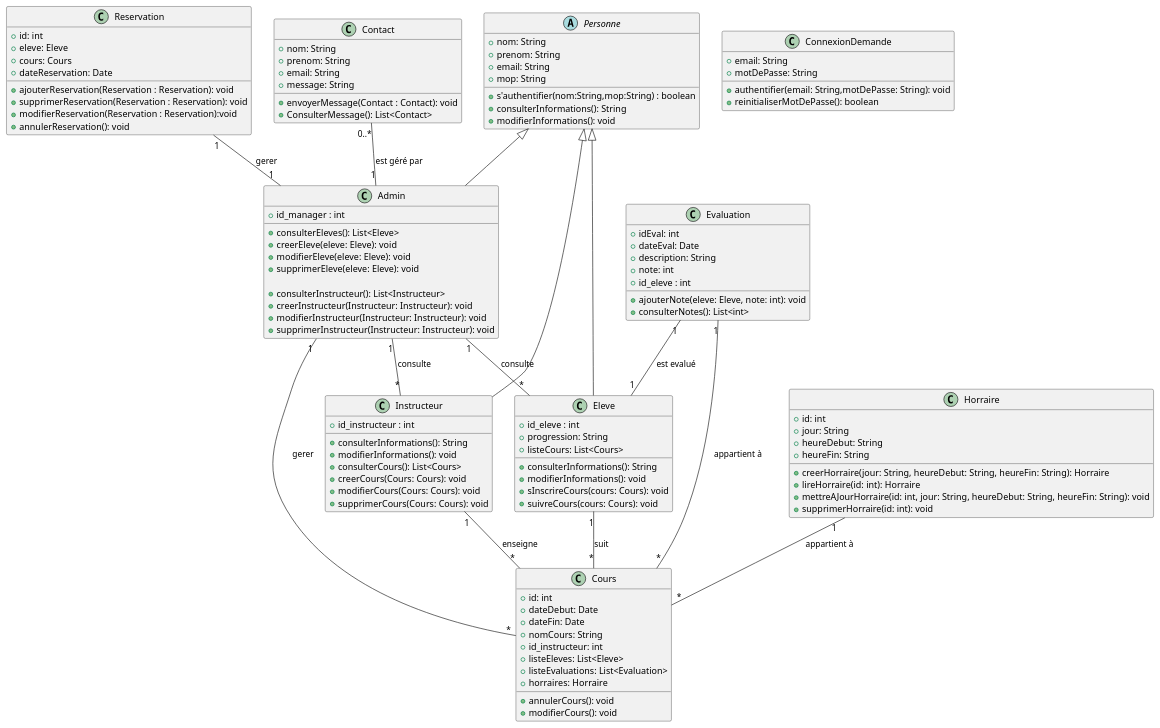
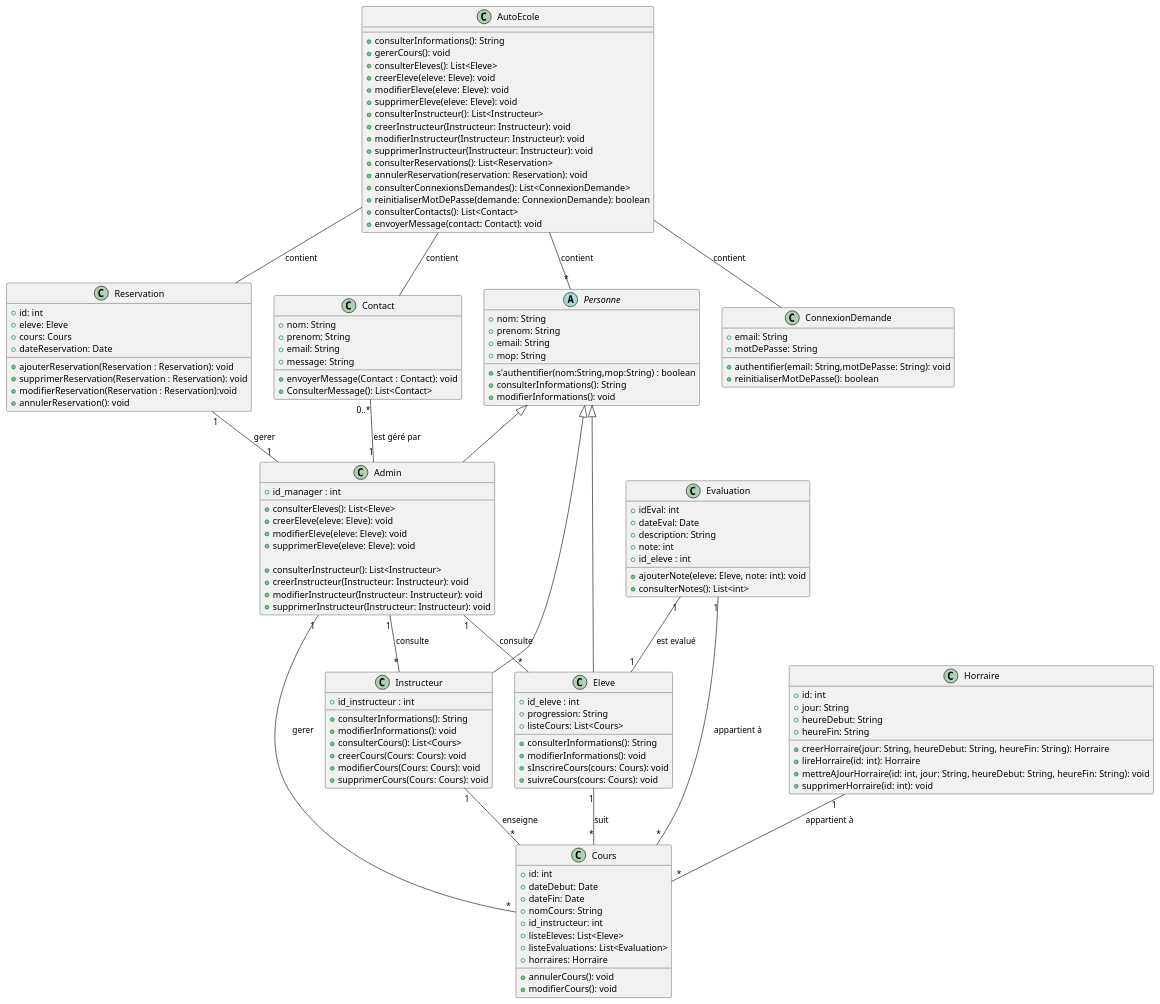
The diagram in Rendu 3/Raffinement diagramme de classe préliminaire/diagramme_classe.pu (jerbi2026/Auto_ecole), drawn with PlantUML before and after one commit. The commit also changed 12 other files, not shown here.

```diff
--- a/Rendu 3/Raffinement diagramme de classe préliminaire/diagramme_classe.pu
+++ b/Rendu 3/Raffinement diagramme de classe préliminaire/diagramme_classe.pu
@@ -1,137 +1,160 @@
 @startuml
 
 abstract class Personne {
     + nom: String
     + prenom: String
     + email: String
     + mop: String
   
     + s'authentifier(nom:String,mop:String) : boolean 
     + consulterInformations(): String
     + modifierInformations(): void
 }
 
 class Instructeur {
     + id_instructeur : int
 
     + consulterInformations(): String
     + modifierInformations(): void
      + consulterCours(): List<Cours>
     + creerCours(Cours: Cours): void
     + modifierCours(Cours: Cours): void
     + supprimerCours(Cours: Cours): void
 }
 
 class Admin {
     + id_manager : int
 
     
     + consulterEleves(): List<Eleve>
     + creerEleve(eleve: Eleve): void
     + modifierEleve(eleve: Eleve): void
     + supprimerEleve(eleve: Eleve): void
 
     + consulterInstructeur(): List<Instructeur>
     + creerInstructeur(Instructeur: Instructeur): void
     + modifierInstructeur(Instructeur: Instructeur): void
     + supprimerInstructeur(Instructeur: Instructeur): void
 }
 
 class Eleve {
     + id_eleve : int
     + progression: String
     + listeCours: List<Cours>
 
     + consulterInformations(): String
     + modifierInformations(): void
     + sInscrireCours(cours: Cours): void
     + suivreCours(cours: Cours): void
 }
 
 class Cours {
     + id: int
     + dateDebut: Date
     + dateFin: Date
     + nomCours: String
     + id_instructeur: int
     + listeEleves: List<Eleve>
     + listeEvaluations: List<Evaluation>
     + horraires: Horraire
 
     + annulerCours(): void
     + modifierCours(): void
 }
 
 class Evaluation {
     + idEval: int
     + dateEval: Date
     + description: String
     + note: int
     + id_eleve : int
 
     + ajouterNote(eleve: Eleve, note: int): void
     + consulterNotes(): List<int>
 }
 
 
 class Reservation {
     + id: int
     + eleve: Eleve
     + cours: Cours
     + dateReservation: Date
 
     + ajouterReservation(Reservation : Reservation): void
     + supprimerReservation(Reservation : Reservation): void
     + modifierReservation(Reservation : Reservation):void
     + annulerReservation(): void
 }
 
 class ConnexionDemande {
     + email: String
     + motDePasse: String
 
     + authentifier(email: String,motDePasse: String): void
     + reinitialiserMotDePasse(): boolean
 }
 
 class Horraire {
     + id: int
     + jour: String
     + heureDebut: String
     + heureFin: String
 
     + creerHorraire(jour: String, heureDebut: String, heureFin: String): Horraire
     + lireHorraire(id: int): Horraire
     + mettreAJourHorraire(id: int, jour: String, heureDebut: String, heureFin: String): void
     + supprimerHorraire(id: int): void
 }
 
 
 
 class Contact{
     + nom: String
     + prenom: String
     + email: String
     + message: String
 
     + envoyerMessage(Contact : Contact): void
     + ConsulterMessage(): List<Contact>
 
 }
 
+class AutoEcole {
+    + consulterInformations(): String
+    + gererCours(): void
+    + consulterEleves(): List<Eleve>
+    + creerEleve(eleve: Eleve): void
+    + modifierEleve(eleve: Eleve): void
+    + supprimerEleve(eleve: Eleve): void
+    + consulterInstructeur(): List<Instructeur>
+    + creerInstructeur(Instructeur: Instructeur): void
+    + modifierInstructeur(Instructeur: Instructeur): void
+    + supprimerInstructeur(Instructeur: Instructeur): void
+    + consulterReservations(): List<Reservation>
+    + annulerReservation(reservation: Reservation): void
+    + consulterConnexionsDemandes(): List<ConnexionDemande>
+    + reinitialiserMotDePasse(demande: ConnexionDemande): boolean
+    + consulterContacts(): List<Contact>
+    + envoyerMessage(contact: Contact): void
+}
+
 Personne <|-- Instructeur
 Personne <|-- Eleve
 Personne <|-- Admin
 Reservation "1" -- "1" Admin : "gerer"
 Instructeur "1" -- "*" Cours : "enseigne"
 Eleve "1" -- "*" Cours : "suit"
 Admin "1" -- "*" Cours : "gerer"
 Evaluation "1" -- "1" Eleve : "est evalué"
 Evaluation "1" -- "*" Cours : "appartient à"
 Admin "1" -- "*" Instructeur : "consulte"
 Admin "1" -- "*" Eleve : "consulte"
 Horraire "1" -- "*" Cours : "appartient à"
 Contact "0..*" -- "1" Admin : "est géré par"
 
+AutoEcole -- "*" Personne : "contient"
+AutoEcole -- Reservation : "contient"
+AutoEcole -- ConnexionDemande : "contient"
+AutoEcole -- Contact : "contient"
 
 @enduml
```
